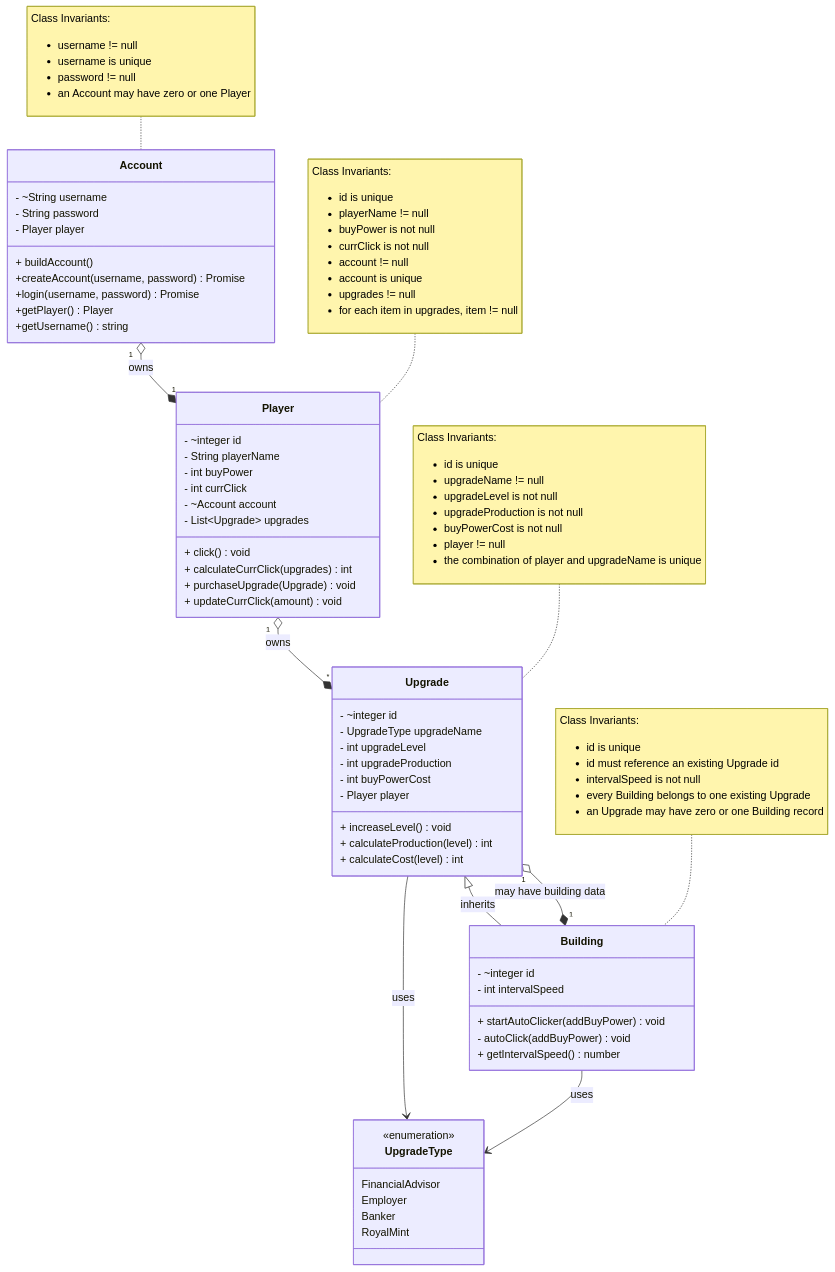
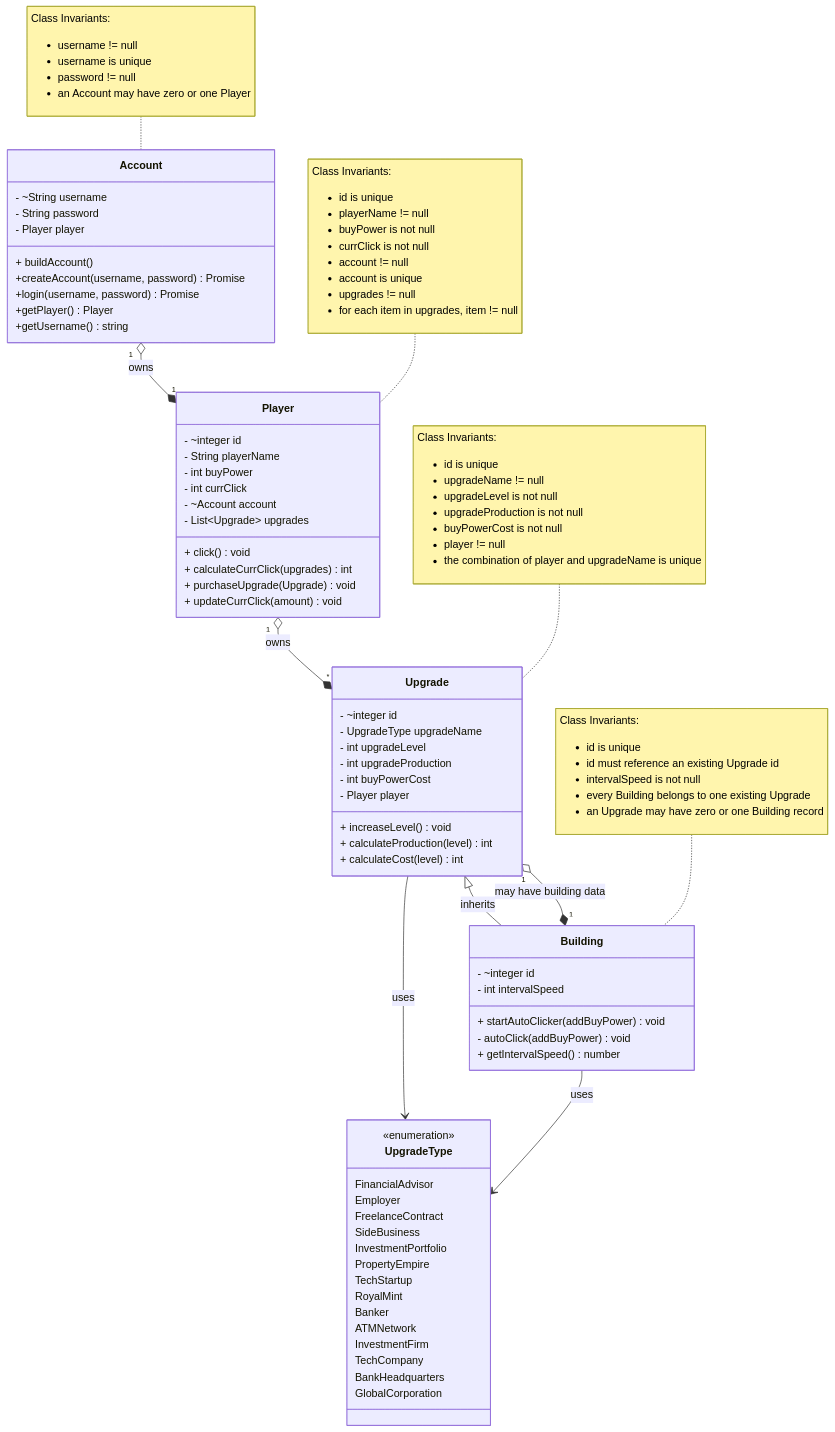
The diagram in domain.md (kaesotiric/money_clicker_game), drawn with Mermaid before and after one commit. The commit also changed 9 other files, not shown here.

```diff
--- a/domain.md
+++ b/domain.md
@@ -58,8 +58,18 @@
         <<enumeration>>
         FinancialAdvisor
         Employer
+        FreelanceContract
+        SideBusiness
+        InvestmentPortfolio
+        PropertyEmpire
+        TechStartup
+        RoyalMint
         Banker
-        RoyalMint
+        ATMNetwork
+        InvestmentFirm
+        TechCompany
+        BankHeadquarters
+        GlobalCorporation
     }
     
 class Upgrade {
```
